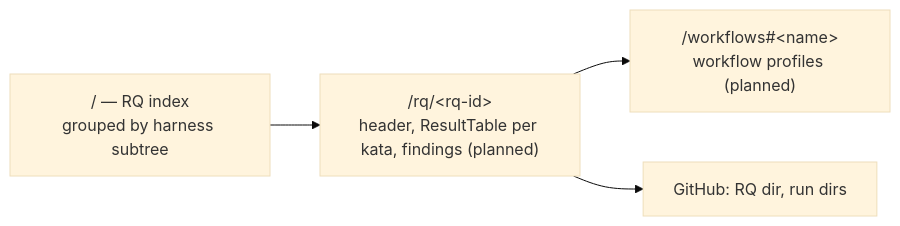
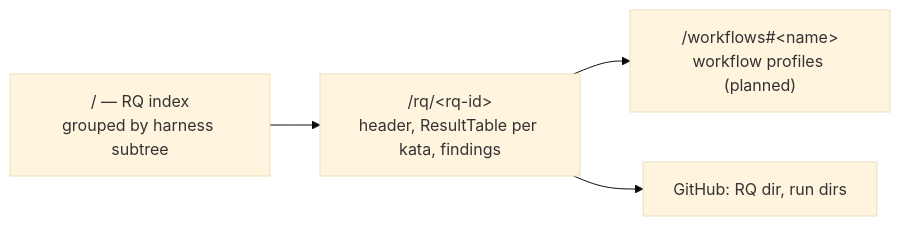
One commit to marcoemrich/agentic_coding_lab changed the fourth of 4 diagrams in site/docs/architecture.md. Above: the diagram before and after it, drawn with Mermaid (base theme). The commit also changed other lines of this file and 16 other files, not shown here.

````diff
--- a/site/docs/architecture.md
+++ b/site/docs/architecture.md
@@ -154,6 +154,6 @@
 ```mermaid
 flowchart LR
-  idx["/ — RQ index<br/>grouped by harness subtree"] --> rqp["/rq/&lt;rq-id&gt;<br/>header, ResultTable per kata, findings (planned)"]
+  idx["/ — RQ index<br/>grouped by harness subtree"] --> rqp["/rq/&lt;rq-id&gt;<br/>header, ResultTable per kata, findings"]
   rqp --> wf["/workflows#&lt;name&gt;<br/>workflow profiles (planned)"]
   rqp --> gh["GitHub: RQ dir, run dirs"]
 ```
````
